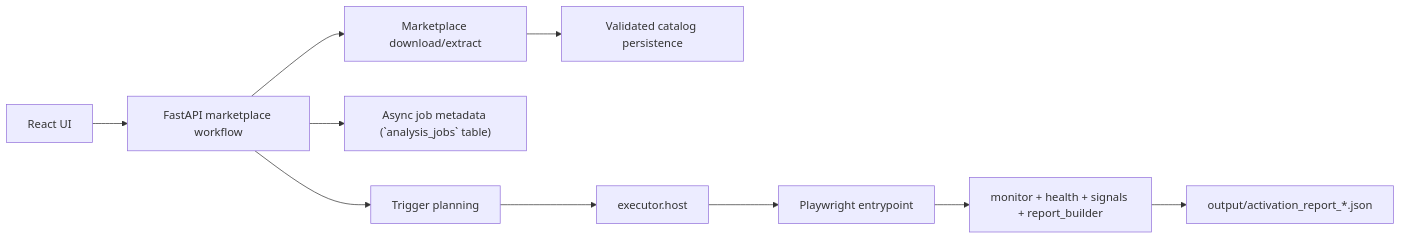
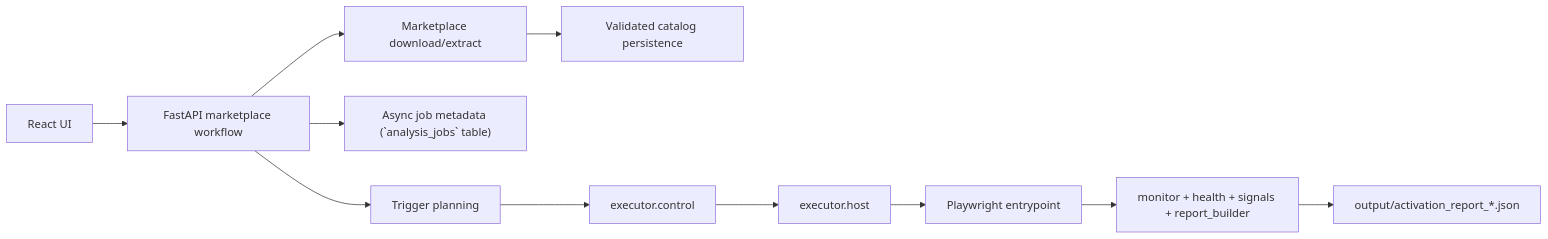
The diagram in documents/PIPELINE_ROADMAP.md (Ekremunalytu/automation_enviroment), drawn with Mermaid before and after one commit. The commit also changed other lines of this file and 122 other files, not shown here.

````diff
--- a/documents/PIPELINE_ROADMAP.md
+++ b/documents/PIPELINE_ROADMAP.md
@@ -11,12 +12,13 @@
 ```mermaid
 flowchart LR
     UI["React UI"] --> API["FastAPI marketplace workflow"]
     API --> DL["Marketplace download/extract"]
     DL --> DB["Validated catalog persistence"]
     API --> JOB["Async job metadata (`analysis_jobs` table)"]
     API --> PLAN["Trigger planning"]
-    PLAN --> HOST["`executor.host`"]
+    PLAN --> CTRL["`executor.control`"]
+    CTRL --> HOST["`executor.host`"]
     HOST --> EXEC["Playwright entrypoint"]
     EXEC --> MON["monitor + health + signals + report_builder"]
     MON --> REPORT["`output/activation_report_*.json`"]
 ```
````
